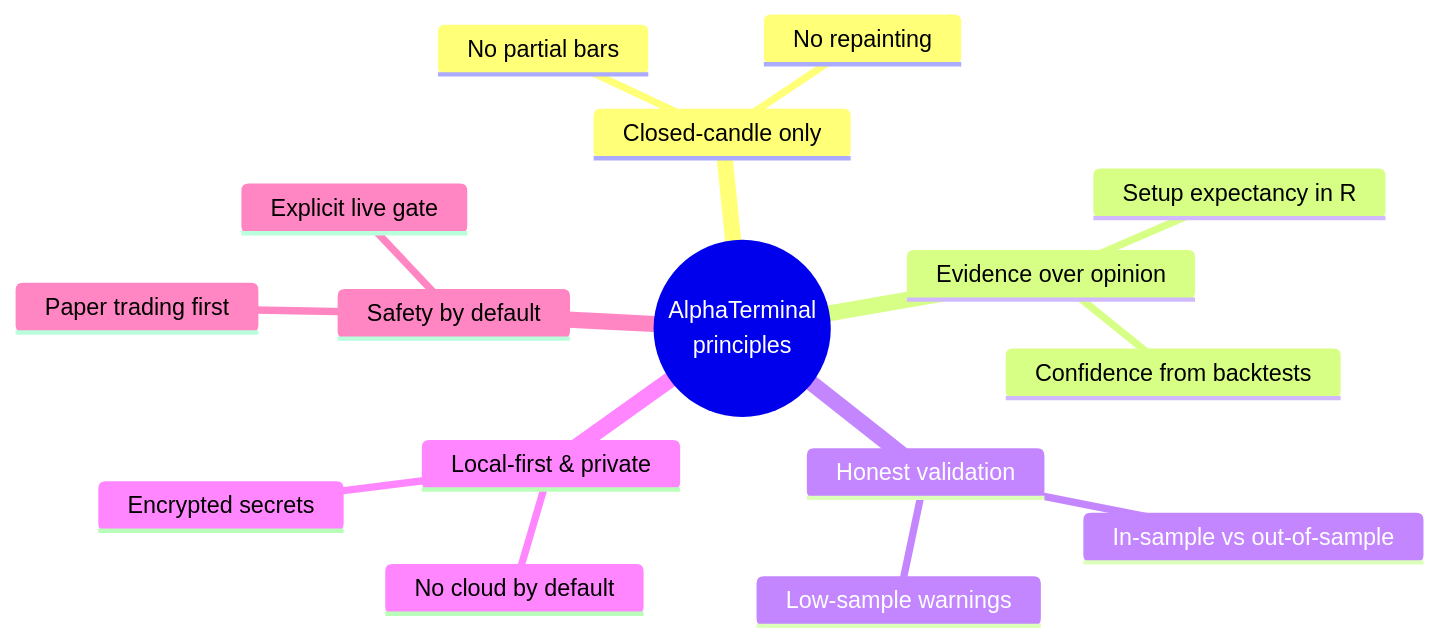
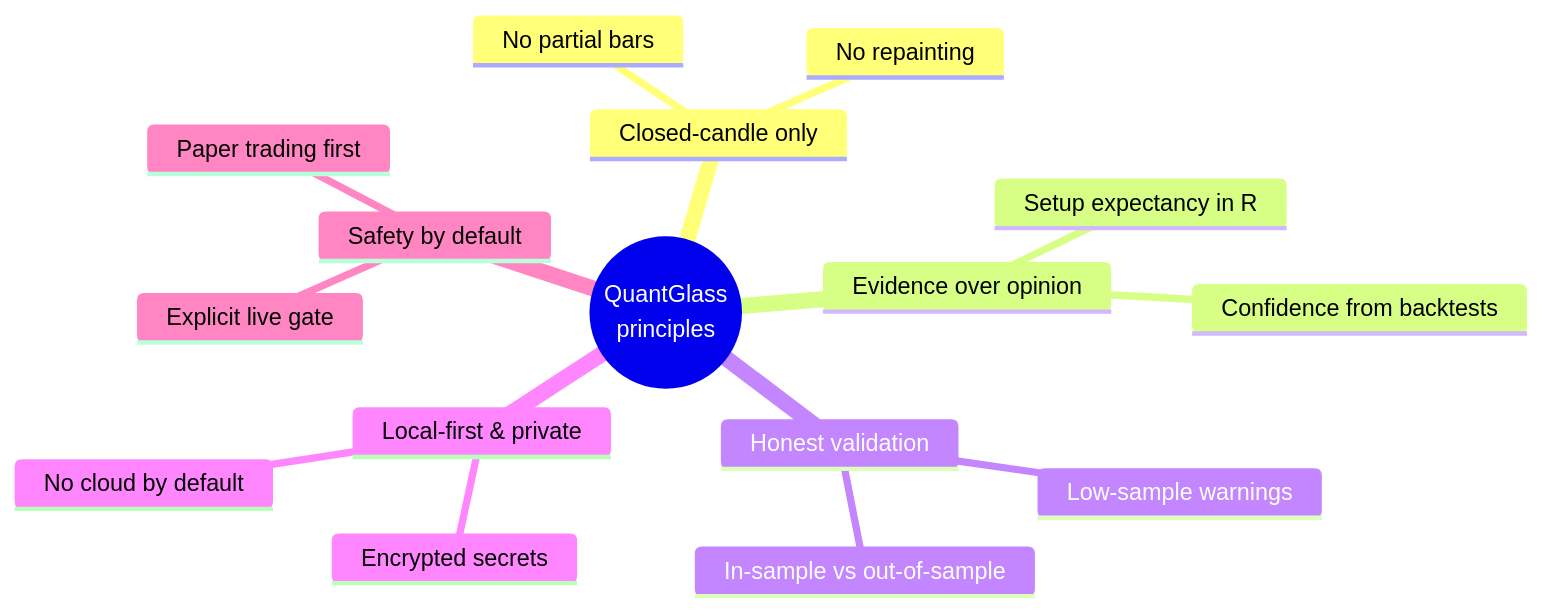
One commit to quantglass-labs/quantglass changed the diagram in docs/user-guide/01-introduction.md. Above: the diagram before and after it, drawn with Mermaid. The commit also changed other lines of this file and 126 other files, not shown here.

Commit message:
Complete AGPL compliance and QuantGlass rename

````diff
--- a/docs/user-guide/01-introduction.md
+++ b/docs/user-guide/01-introduction.md
@@ -37,19 +37,19 @@
 ```mermaid
 mindmap
-  root((AlphaTerminal<br/>principles))
+  root((QuantGlass<br/>principles))
     Closed-candle only
       No partial bars
       No repainting
     Evidence over opinion
       Confidence from backtests
       Setup expectancy in R
     Honest validation
       In-sample vs out-of-sample
       Low-sample warnings
     Local-first & private
       No cloud by default
       Encrypted secrets
     Safety by default
       Paper trading first
       Explicit live gate
 ```
````
